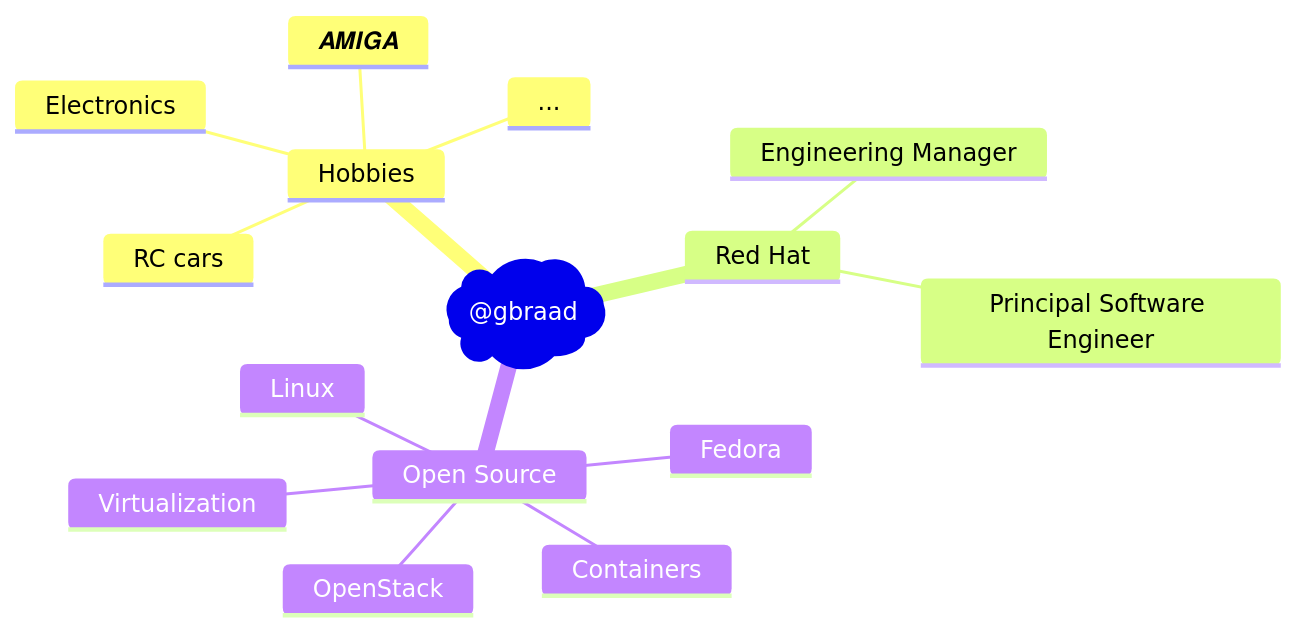
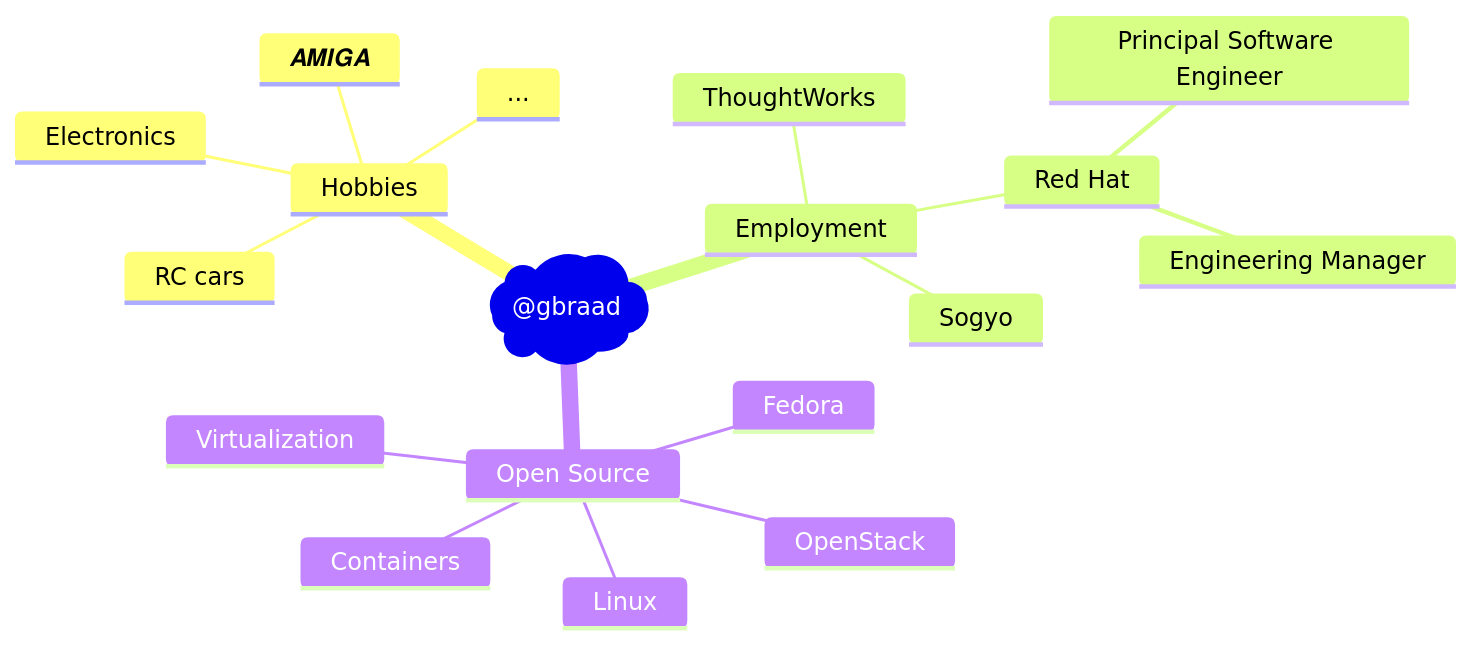
One commit to gbraad/gbraad changed the diagram in README.md. Above: the diagram before and after it, drawn with Mermaid.

````diff
--- a/README.md
+++ b/README.md
@@ -29,18 +29,21 @@
 ```mermaid
 mindmap
    root)@gbraad(
       Hobbies
          𝑨𝑴𝑰𝑮𝑨
          Electronics
          RC cars
          ...
-      Red Hat
-         Principal Software Engineer
-         Engineering Manager
+      Employment
+         Sogyo
+         ThoughtWorks
+         Red Hat
+            Principal Software Engineer
+            Engineering Manager
       Open Source
          Linux
          Fedora
          OpenStack
          Containers
          Virtualization
 ```
````
